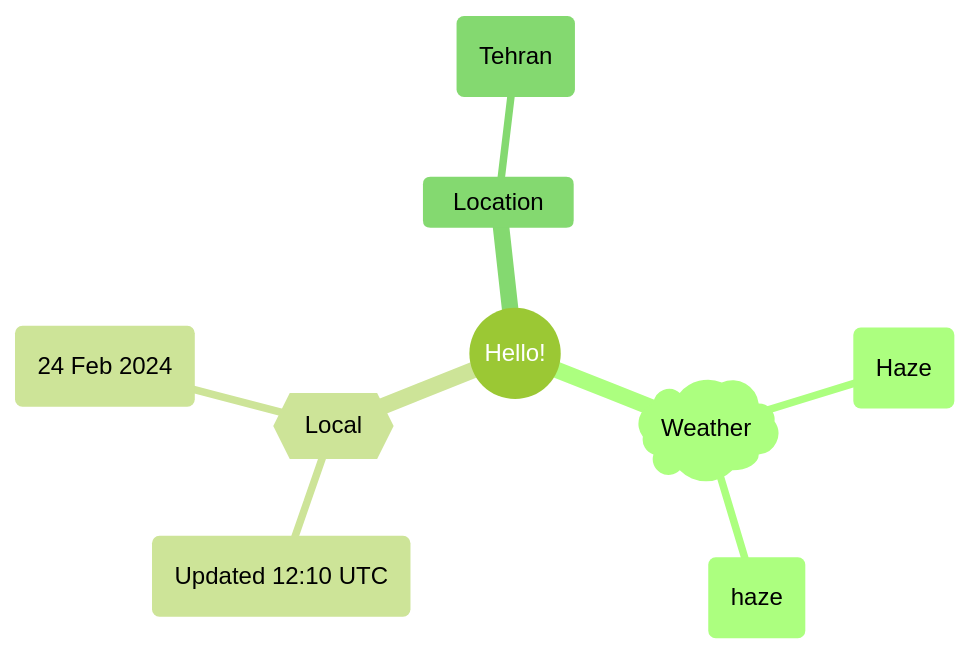
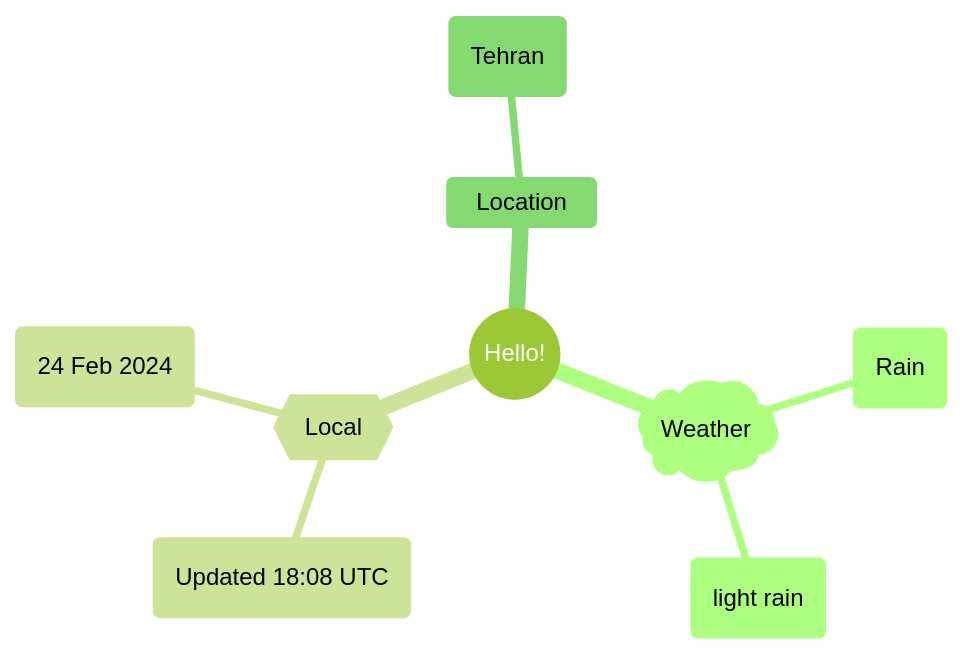
Before and after one commit to Xosrov/Xosrov: the first of 2 diagrams in README.md, drawn with Mermaid (forest theme).

Commit message:
[bot] updated images

````diff
--- a/README.md
+++ b/README.md
@@ -3,12 +3,12 @@
 ```mermaid
 mindmap
   root((Hello!))
     )Weather(
-        (Haze)
-        (haze)
+        (Rain)
+        (light rain)
     {{Local}}
-        (Updated 12:10 UTC)
+        (Updated 18:08 UTC)
         (24 Feb 2024)
     Location
         (Tehran)
 ```
````
